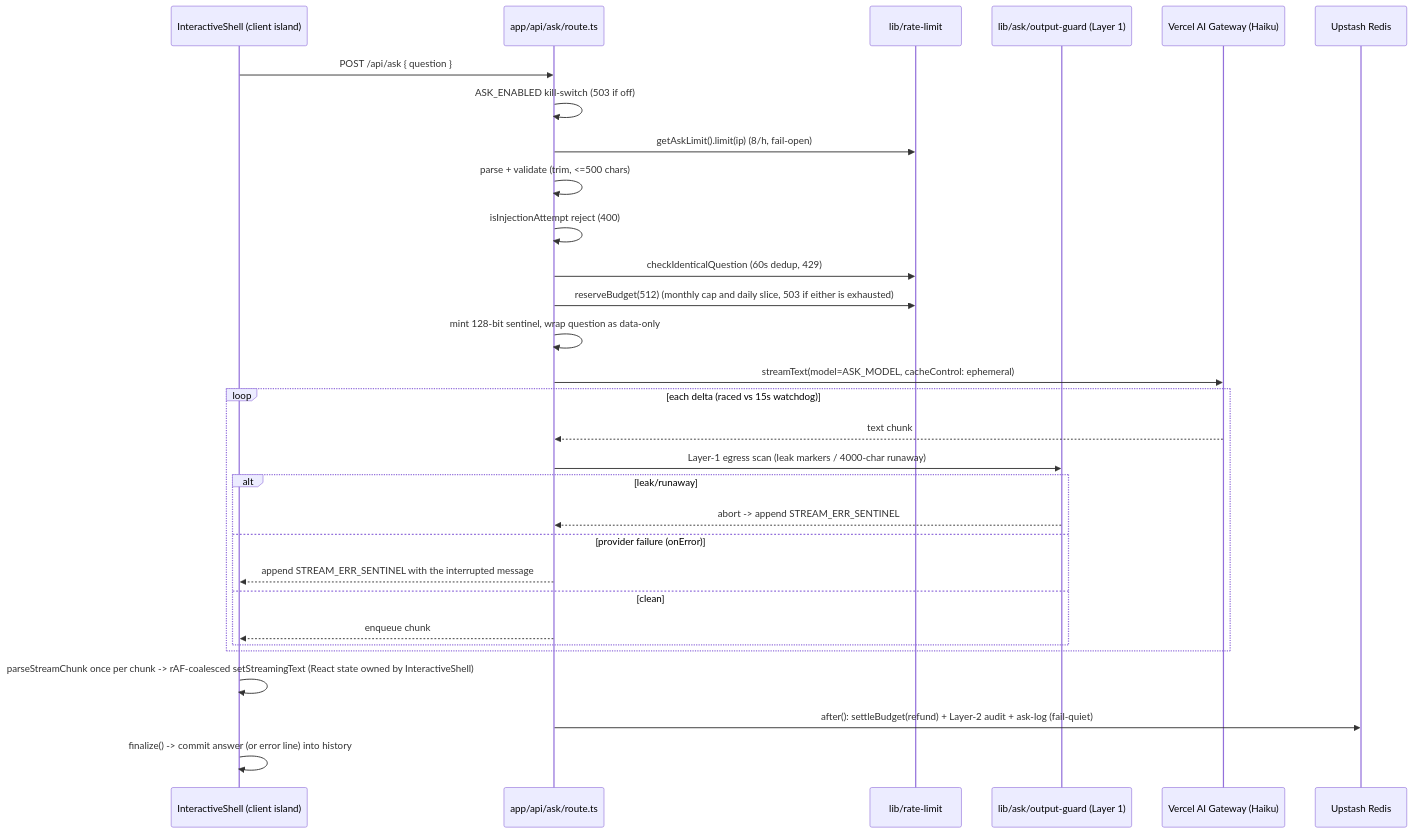
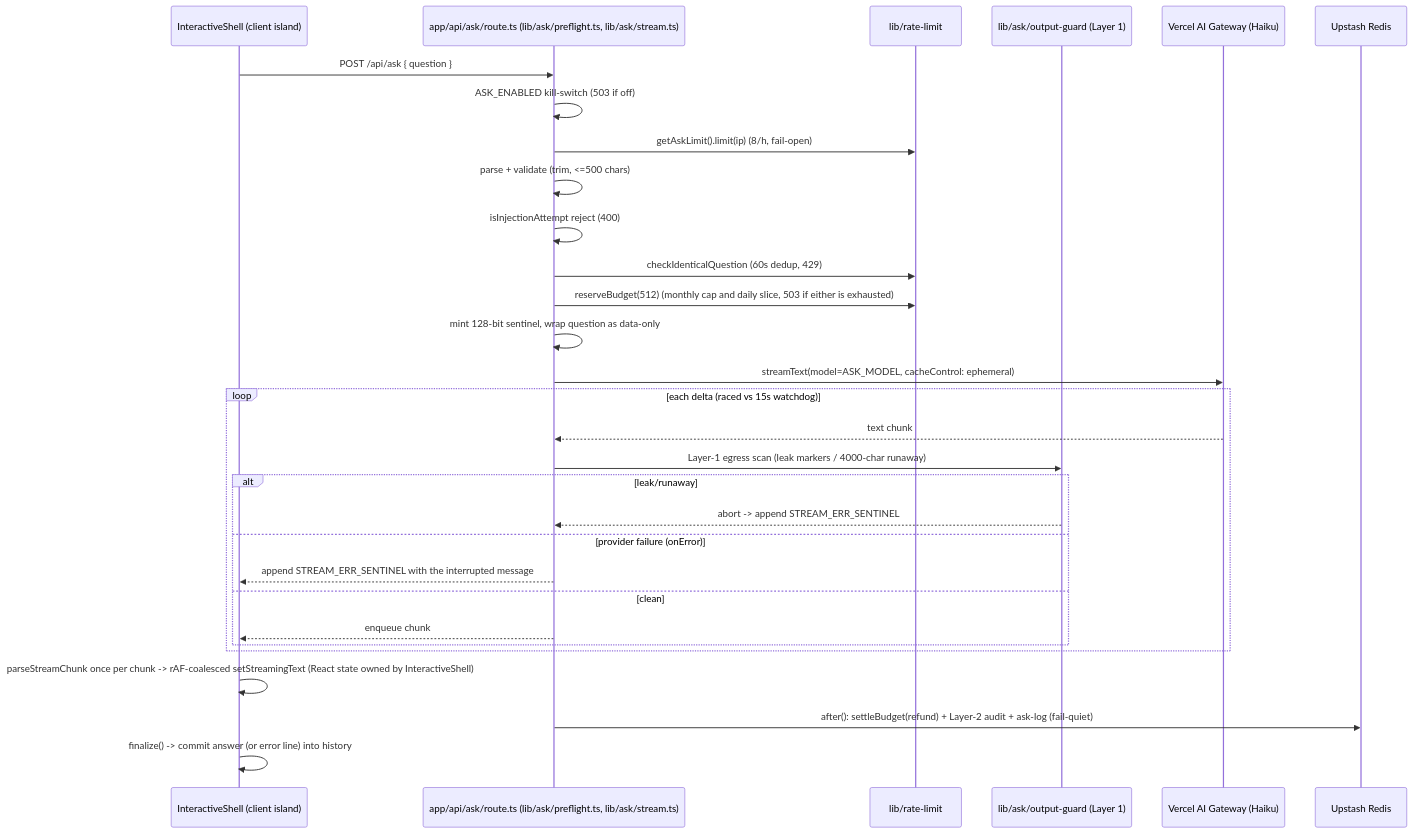
Before and after one commit to erikunha/portfolio: the fourth of 6 diagrams in docs/03-rendering-and-data-flow.md, drawn with Mermaid. The commit also changed 5 other files, not shown here.

First line of the commit message:
docs(ask): describe the preflight and stream modules and test preflight alone

````diff
--- a/docs/03-rendering-and-data-flow.md
+++ b/docs/03-rendering-and-data-flow.md
@@ -127,33 +127,33 @@
 ```mermaid
 sequenceDiagram
     participant U as InteractiveShell (client island)
-    participant R as app/api/ask/route.ts
+    participant R as app/api/ask/route.ts (lib/ask/preflight.ts, lib/ask/stream.ts)
     participant RL as lib/rate-limit
     participant G as lib/ask/output-guard (Layer 1)
     participant AI as Vercel AI Gateway (Haiku)
     participant KV as Upstash Redis
 
     U->>R: POST /api/ask { question }
     R->>R: ASK_ENABLED kill-switch (503 if off)
     R->>RL: getAskLimit().limit(ip)  (8/h, fail-open)
     R->>R: parse + validate (trim, <=500 chars)
     R->>R: isInjectionAttempt reject (400)
     R->>RL: checkIdenticalQuestion (60s dedup, 429)
     R->>RL: reserveBudget(512)  (monthly cap and daily slice, 503 if either is exhausted)
     R->>R: mint 128-bit sentinel, wrap question as data-only
     R->>AI: streamText(model=ASK_MODEL, cacheControl: ephemeral)
     loop each delta (raced vs 15s watchdog)
         AI-->>R: text chunk
         R->>G: Layer-1 egress scan (leak markers / 4000-char runaway)
         alt leak/runaway
             G-->>R: abort -> append STREAM_ERR_SENTINEL
         else provider failure (onError)
             R-->>U: append STREAM_ERR_SENTINEL with the interrupted message
         else clean
             R-->>U: enqueue chunk
         end
     end
     U->>U: parseStreamChunk once per chunk -> rAF-coalesced setStreamingText (React state owned by InteractiveShell)
     R->>KV: after(): settleBudget(refund) + Layer-2 audit + ask-log (fail-quiet)
     U->>U: finalize() -> commit answer (or error line) into history
 ```
````
